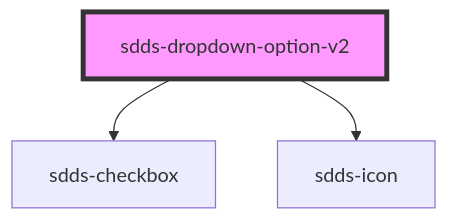
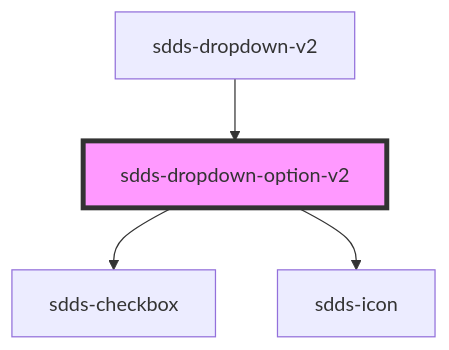
One commit to scania-digital-design-system/sdds changed the diagram in tegel/src/components/dropdown-v2/dropdown-option-v2/readme.md. Above: the diagram before and after it, drawn with Mermaid. The commit also changed other lines of this file and 4 other files, not shown here.

````diff
--- a/tegel/src/components/dropdown-v2/dropdown-option-v2/readme.md
+++ b/tegel/src/components/dropdown-v2/dropdown-option-v2/readme.md
@@ -45,6 +50,7 @@
 ```mermaid
 graph TD;
   sdds-dropdown-option-v2 --> sdds-checkbox
   sdds-dropdown-option-v2 --> sdds-icon
+  sdds-dropdown-v2 --> sdds-dropdown-option-v2
   style sdds-dropdown-option-v2 fill:#f9f,stroke:#333,stroke-width:4px
 ```
````
